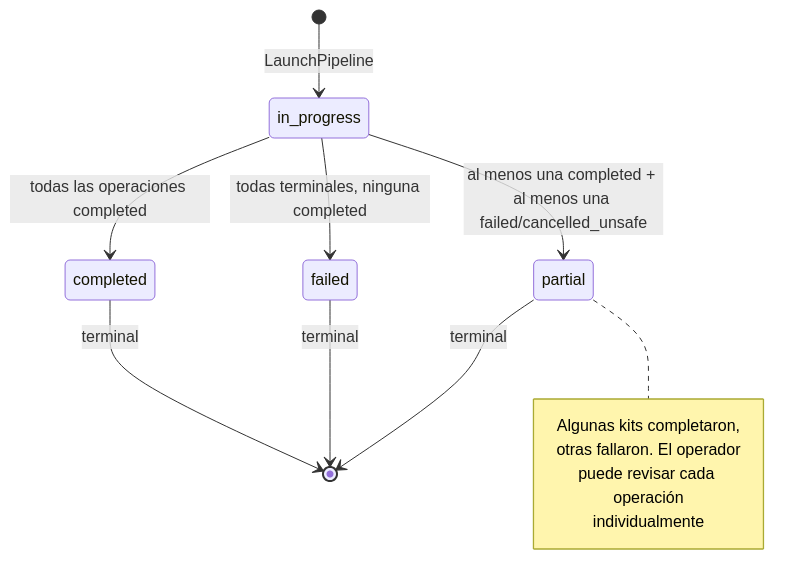
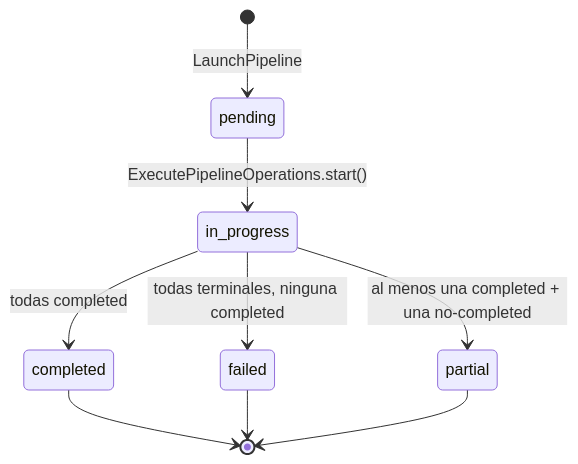
One commit to 3ozone/ikctl changed the first of 2 diagrams in docs/v1/pipelines/ARCHITECTURE.md. Above: the diagram before and after it, drawn with Mermaid. The commit also changed other lines of this file and 30 other files, not shown here.

````diff
--- a/docs/v1/pipelines/ARCHITECTURE.md
+++ b/docs/v1/pipelines/ARCHITECTURE.md
@@ -315,19 +271,11 @@
 ```mermaid
 stateDiagram-v2
-    [*] --> in_progress : LaunchPipeline
-
-    in_progress --> completed : todas las operaciones completed
+    [*] --> pending : LaunchPipeline
+    pending --> in_progress : ExecutePipelineOperations.start()
+    in_progress --> completed : todas completed
     in_progress --> failed : todas terminales, ninguna completed
-    in_progress --> partial : al menos una completed + al menos una failed/cancelled_unsafe
-
-    completed --> [*] : terminal
-    failed --> [*] : terminal
-    partial --> [*] : terminal
-
-    note right of partial
-        Algunas kits completaron,
-        otras fallaron. El operador
-        puede revisar cada operación
-        individualmente
-    end note
+    in_progress --> partial : al menos una completed + una no-completed
+    completed --> [*]
+    failed --> [*]
+    partial --> [*]
 ```
````
